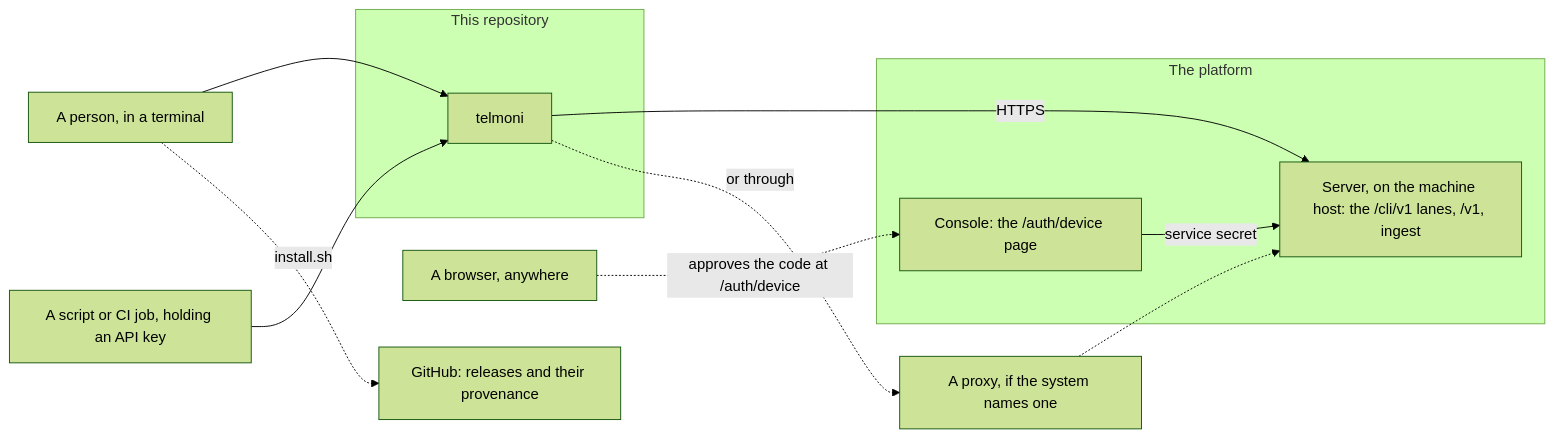
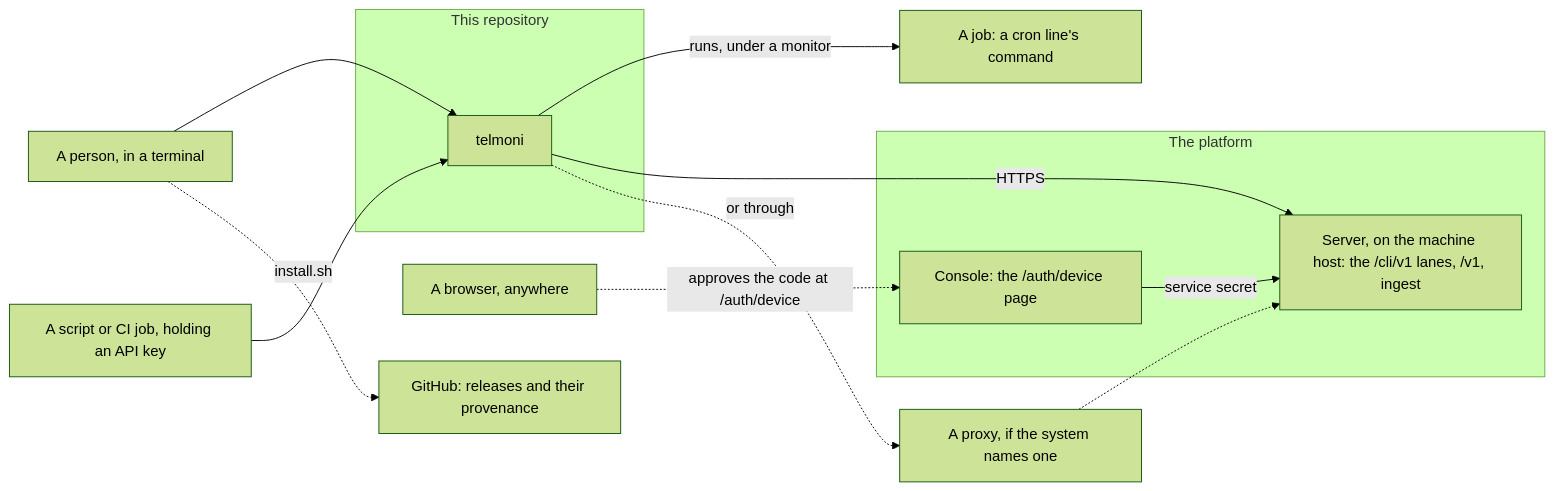
Before and after one commit to telmoni/telmoni-cli: the first of 2 diagrams in ARCHITECTURE.md, drawn with Mermaid (forest theme). The commit also changed other lines of this file and 8 other files, not shown here.

First line of the commit message:
feat: telmoni run, a job wrapped in its monitor's start and end pings

````diff
--- a/ARCHITECTURE.md
+++ b/ARCHITECTURE.md
@@ -70,23 +72,25 @@
 ```mermaid
 flowchart LR
   Person["A person, in a terminal"]
   Machine["A script or CI job, holding an API key"]
   Browser["A browser, anywhere"]
   subgraph Repo["This repository"]
     CLI["telmoni"]
   end
   Proxy["A proxy, if the system names one"]
   subgraph Platform["The platform"]
     Server["Server, on the machine host: the /cli/v1 lanes, /v1, ingest"]
     Console["Console: the /auth/device page"]
   end
   GitHub["GitHub: releases and their provenance"]
+  Job["A job: a cron line's command"]
   Person --> CLI
   Machine --> CLI
+  CLI -->|"runs, under a monitor"| Job
   CLI -->|"HTTPS"| Server
   CLI -.->|"or through"| Proxy
   Proxy -.-> Server
   Browser -.->|"approves the code at /auth/device"| Console
   Console -->|"service secret"| Server
   Person -.->|"install.sh"| GitHub
 ```
````
